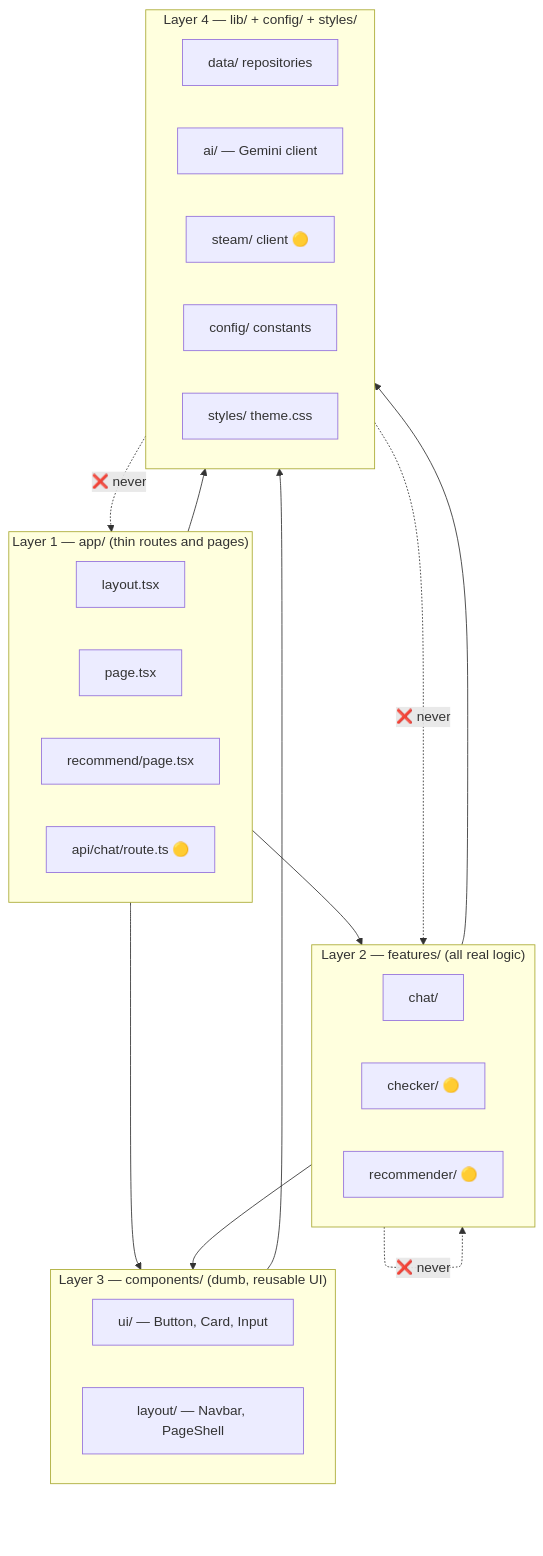
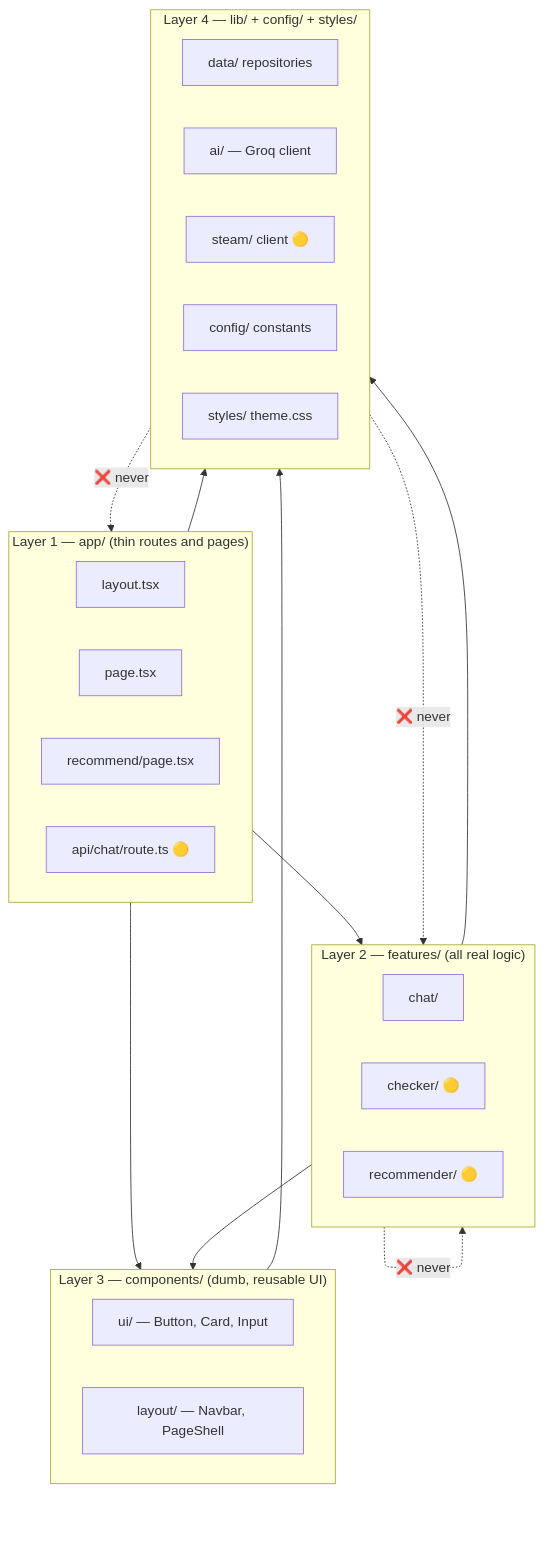
One commit to 21sumeet/GameRizz changed the second of 10 diagrams in docs/WORKFLOW.md. Above: the diagram before and after it, drawn with Mermaid. The commit also changed other lines of this file and 5 other files, not shown here.

````diff
--- a/docs/WORKFLOW.md
+++ b/docs/WORKFLOW.md
@@ -71,43 +71,43 @@
 ```mermaid
 flowchart TD
     subgraph L1["Layer 1 — app/ (thin routes and pages)"]
         direction LR
         Layout["layout.tsx"]
         Home["page.tsx"]
         Rec["recommend/page.tsx"]
         Api["api/chat/route.ts 🟡"]
     end
 
     subgraph L2["Layer 2 — features/ (all real logic)"]
         direction LR
         ChatF["chat/"]
         CheckerF["checker/ 🟡"]
         RecF["recommender/ 🟡"]
     end
 
     subgraph L3["Layer 3 — components/ (dumb, reusable UI)"]
         direction LR
         UIp["ui/ — Button, Card, Input"]
         Layp["layout/ — Navbar, PageShell"]
     end
 
     subgraph L4["Layer 4 — lib/ + config/ + styles/"]
         direction LR
         Repo["data/ repositories"]
-        Ai["ai/ — Gemini client"]
+        Ai["ai/ — Groq client"]
         Steam["steam/ client 🟡"]
         Const["config/ constants"]
         Theme["styles/ theme.css"]
     end
 
     L1 --> L2
     L1 --> L3
     L1 --> L4
     L2 --> L3
     L2 --> L4
     L3 --> L4
 
     L2 -. "❌ never" .-> L2
     L4 -. "❌ never" .-> L2
     L4 -. "❌ never" .-> L1
 ```
````
